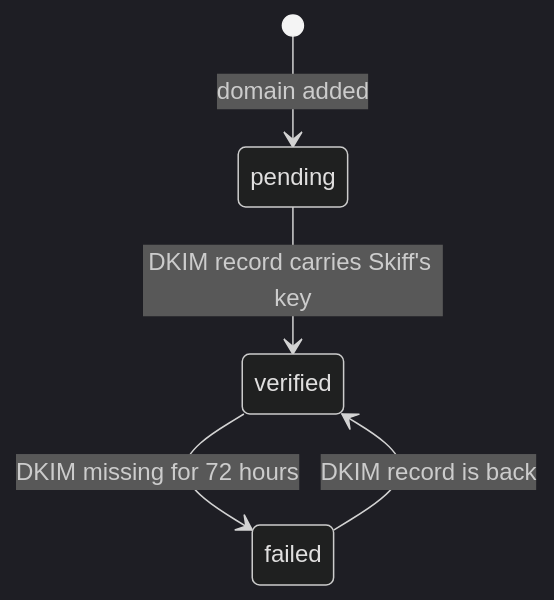
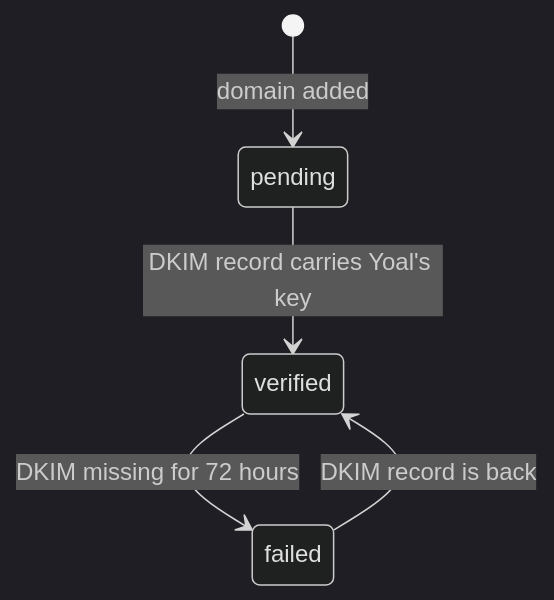
One commit to KieranHolroyd/skiff changed the first of 2 diagrams in packages/docs/content/data/email.md. Above: the diagram before and after it, drawn with Mermaid (dark theme). The commit also changed other lines of this file and 1869 other files, not shown here.

````diff
--- a/packages/docs/content/data/email.md
+++ b/packages/docs/content/data/email.md
@@ -75,7 +75,7 @@
 ```mermaid
 stateDiagram-v2
     [*] --> pending: domain added
-    pending --> verified: DKIM record carries Skiff's key
+    pending --> verified: DKIM record carries Yoal's key
     verified --> failed: DKIM missing for 72 hours
     failed --> verified: DKIM record is back
 ```
````
